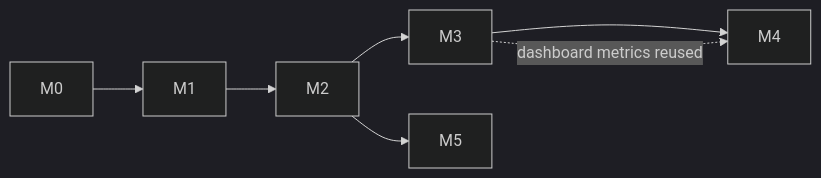
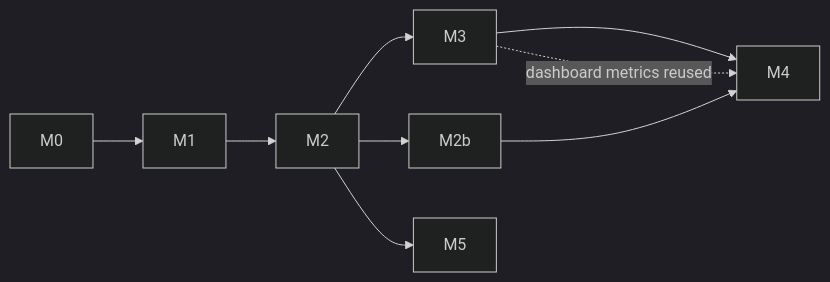
Before and after one commit to isoloop/isoloop: the diagram in docs/plans/README.md, drawn with Mermaid (dark theme). The commit also changed other lines of this file and 8 other files, not shown here.

````diff
--- a/docs/plans/README.md
+++ b/docs/plans/README.md
@@ -16,6 +17,7 @@
 ```mermaid
 flowchart LR
   M0 --> M1 --> M2 --> M3 --> M4
+  M2 --> M2b --> M4
   M2 --> M5
   M3 -. "dashboard metrics reused" .-> M4
 ```
````
